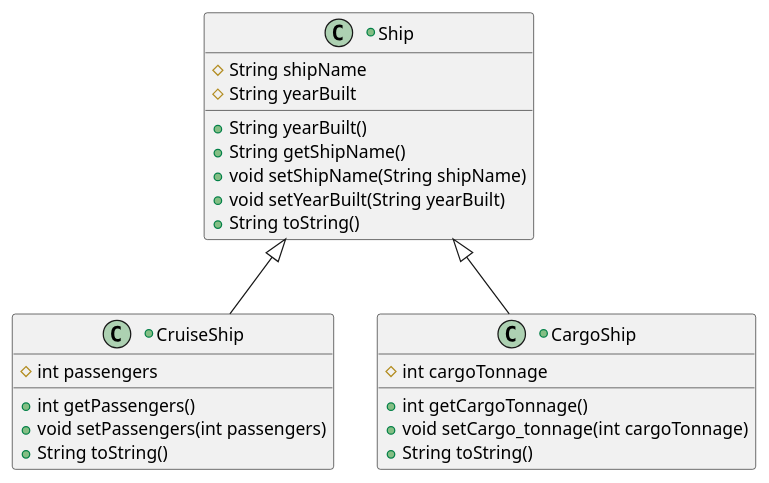
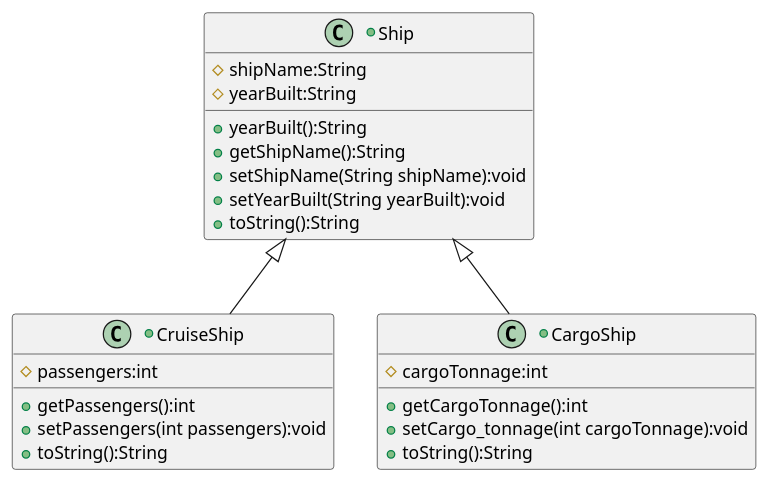
The diagram in src/Ships.puml (hsswanson/cs5800_hw4_pt3), drawn with PlantUML before and after one commit.

Commit message:
fixed typing in PUML file

```diff
--- a/src/Ships.puml
+++ b/src/Ships.puml
@@ -1,30 +1,30 @@
 @startuml
 'https://plantuml.com/class-diagram
 
 +class Ship{
-#String shipName
-#String yearBuilt
-+String yearBuilt()
-+String getShipName()
-+void setShipName(String shipName)
-+void setYearBuilt(String yearBuilt)
-+String toString()
+#shipName:String
+#yearBuilt:String
++yearBuilt():String
++getShipName():String
++setShipName(String shipName):void
++setYearBuilt(String yearBuilt):void
++toString():String
 }
 
 +class CruiseShip{
-#int passengers
-+int getPassengers()
-+void setPassengers(int passengers)
-+String toString()
+#passengers:int
++getPassengers():int
++setPassengers(int passengers):void
++toString():String
 }
 
 +class CargoShip{
-#int cargoTonnage
-+int getCargoTonnage()
-+void setCargo_tonnage(int cargoTonnage)
-+String toString()
+#cargoTonnage:int
++getCargoTonnage():int
++setCargo_tonnage(int cargoTonnage):void
++toString():String
 }
 Ship <|-- CargoShip
 Ship <|-- CruiseShip
 
 @enduml
```
